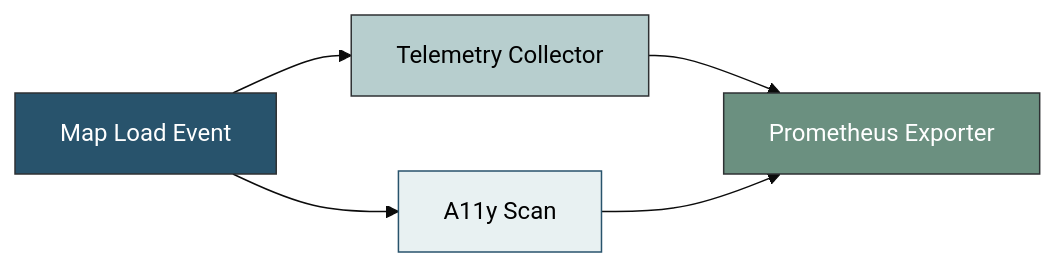
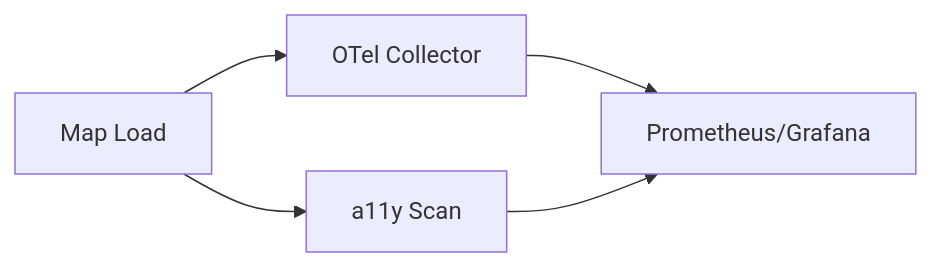
The second of 2 diagrams in web/README.md (bartytime4life/Kansas-Frontier-Matrix), drawn with Mermaid before and after one commit. The commit also changed other lines of this file, not shown here.

````diff
--- a/web/README.md
+++ b/web/README.md
@@ -319,12 +265,7 @@
 ```mermaid
-%%{init: {"theme": "base","themeVariables":{"primaryColor":"#28536C","primaryTextColor":"#fff"}}}%%
 flowchart LR
-  A[Map Load Event]:::data --> B[Telemetry Collector]:::logic
-  B --> C[Prometheus Exporter]:::output
-  A --> D[A11y Scan]:::ui
-  D --> C
-  classDef data fill:#28536C,color:#fff;
-  classDef logic fill:#B7CECE,color:#000;
-  classDef ui fill:#E8F1F2,color:#000,stroke:#28536C;
-  classDef output fill:#6B9080,color:#fff;
+  A[Map Load] --> B[OTel Collector]
+  A --> C[a11y Scan]
+  B --> D[Prometheus/Grafana]
+  C --> D
 ```
````
